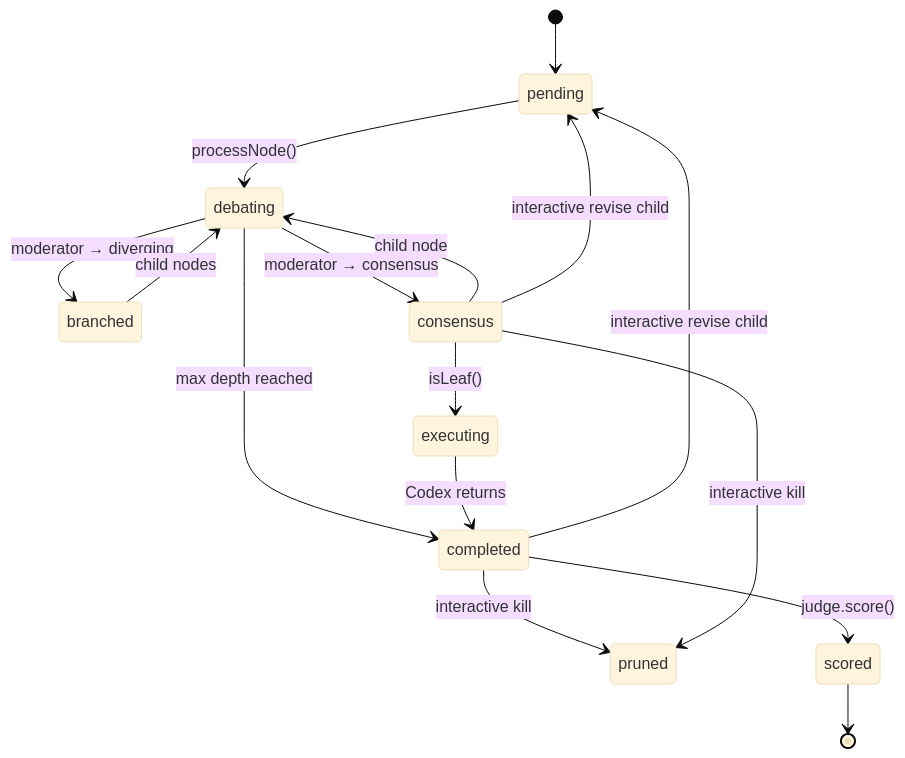
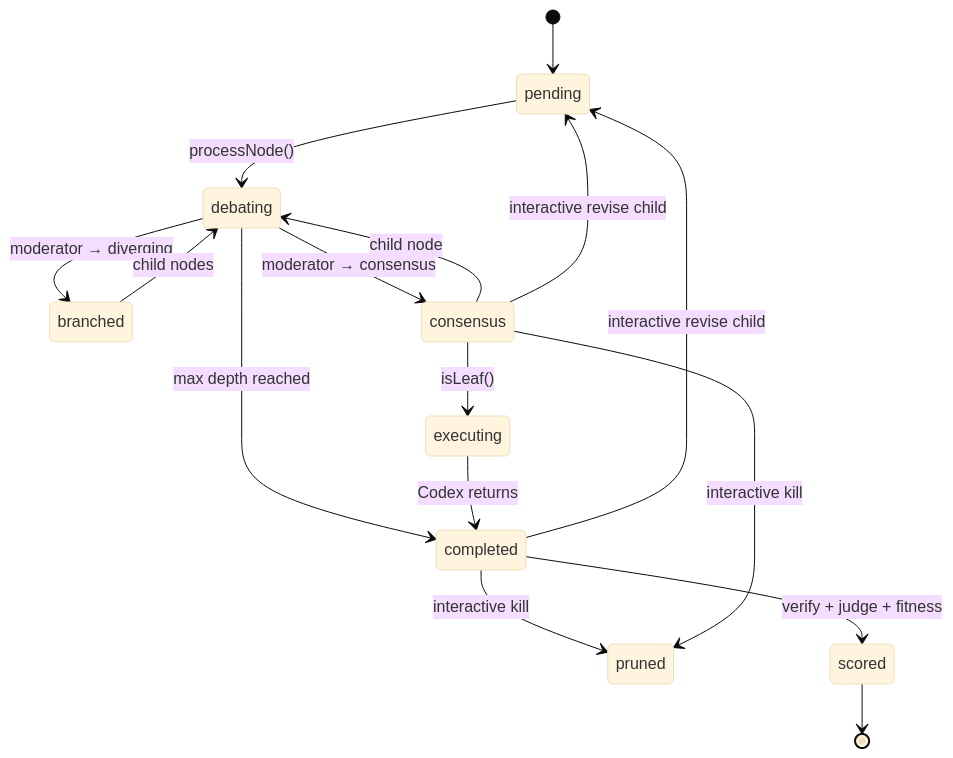
The third of 6 diagrams in docs/architecture.md (edward-sia/cto), drawn with Mermaid (base theme) before and after one commit. The commit also changed other lines of this file and 1 other file, not shown here.

````diff
--- a/docs/architecture.md
+++ b/docs/architecture.md
@@ -88,18 +94,18 @@
 ```mermaid
 stateDiagram-v2
     [*] --> pending
     pending --> debating : processNode()
     debating --> branched : moderator → diverging
     debating --> consensus : moderator → consensus
     branched --> debating : child nodes
     consensus --> debating : child node
     debating --> completed : max depth reached
     completed --> pruned : interactive kill
     consensus --> pruned : interactive kill
     completed --> pending : interactive revise child
     consensus --> pending : interactive revise child
     consensus --> executing : isLeaf()
     executing --> completed : Codex returns
-    completed --> scored : judge.score()
+    completed --> scored : verify + judge + fitness
     scored --> [*]
 ```
````
